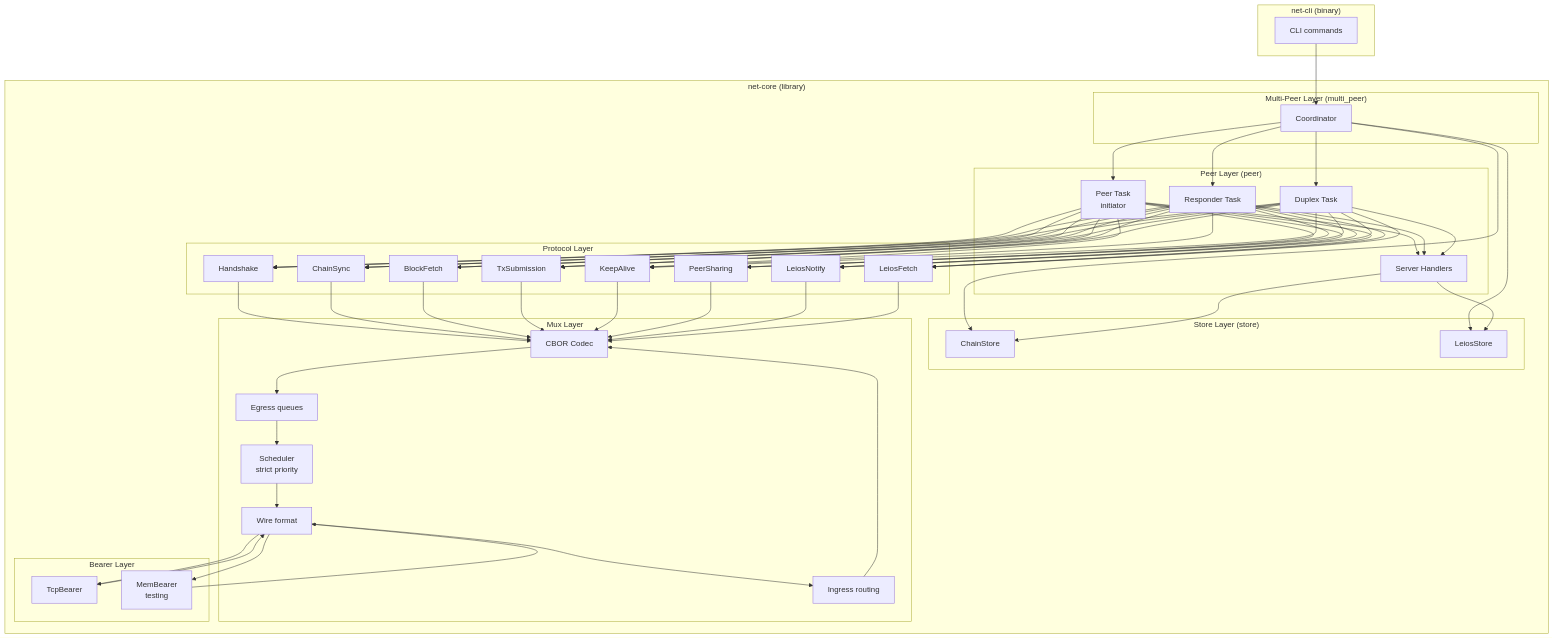
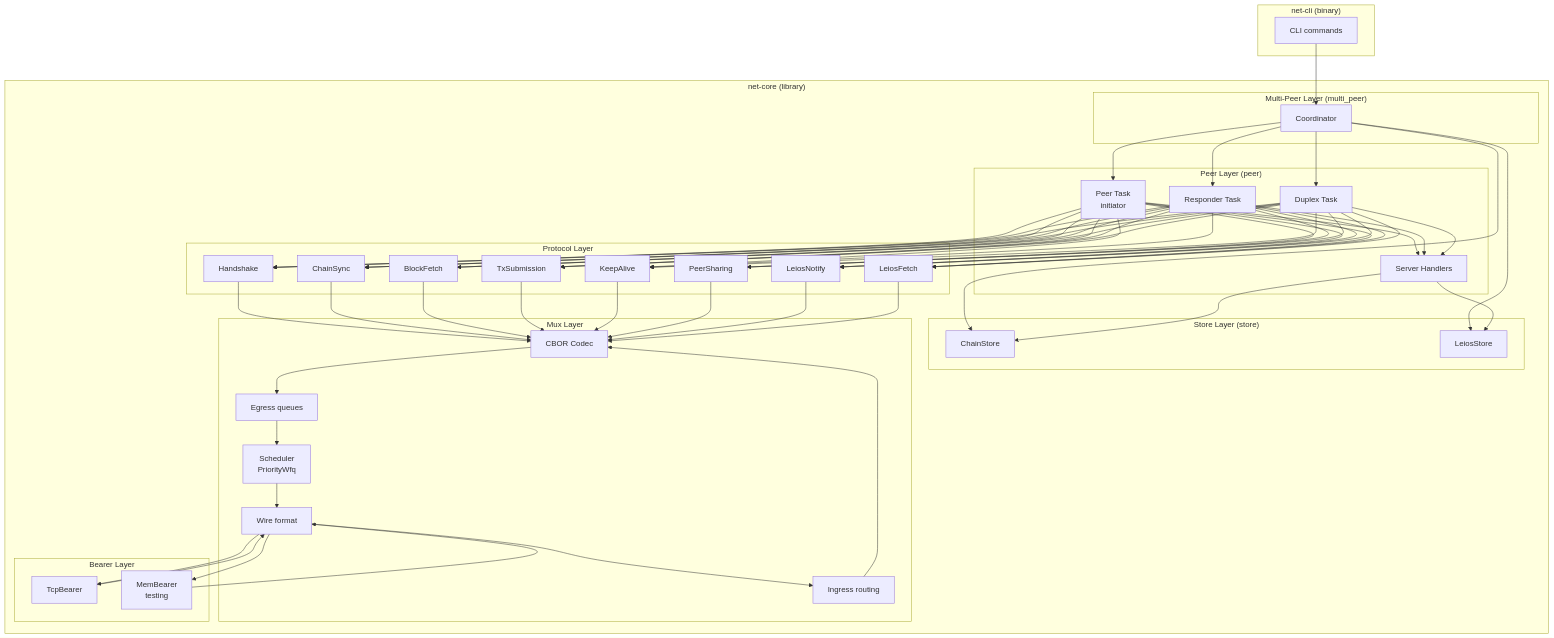
The diagram in net-rs/README.md (input-output-hk/ouroboros-leios), drawn with Mermaid before and after one commit. The commit also changed other lines of this file and 3 other files, not shown here.

````diff
--- a/net-rs/README.md
+++ b/net-rs/README.md
@@ -38,59 +38,59 @@
 ```mermaid
 graph TD
     subgraph "net-cli (binary)"
         CLI[CLI commands]
     end
 
     subgraph "net-core (library)"
         subgraph "Multi-Peer Layer (multi_peer)"
             COORD[Coordinator]
         end
 
         subgraph "Store Layer (store)"
             CS[ChainStore]
             LS[LeiosStore]
         end
 
         subgraph "Peer Layer (peer)"
             PT[Peer Task<br/>initiator]
             RT[Responder Task]
             DT[Duplex Task]
             SH[Server Handlers]
         end
 
         subgraph "Protocol Layer"
             HS[Handshake]
             CSYNC[ChainSync]
             BF[BlockFetch]
             TX[TxSubmission]
             KA[KeepAlive]
             PS[PeerSharing]
             LN[LeiosNotify]
             LF[LeiosFetch]
         end
 
         subgraph "Mux Layer"
-            SCHED[Scheduler<br/>strict priority]
+            SCHED[Scheduler<br/>PriorityWfq]
             EG[Egress queues]
             IG[Ingress routing]
             CODEC[CBOR Codec]
             WIRE[Wire format]
         end
 
         subgraph "Bearer Layer"
             TCP[TcpBearer]
             MEM[MemBearer<br/>testing]
         end
     end
 
     CLI --> COORD
     COORD --> PT & RT & DT
     COORD --> CS & LS
     SH --> CS & LS
     PT & RT & DT --> SH
     PT & RT & DT --> HS & CSYNC & BF & TX & KA & PS & LN & LF
     HS & CSYNC & BF & TX & KA & PS & LN & LF --> CODEC
     CODEC --> EG --> SCHED --> WIRE
     WIRE --> TCP & MEM
     TCP & MEM --> WIRE --> IG --> CODEC
 ```
````
